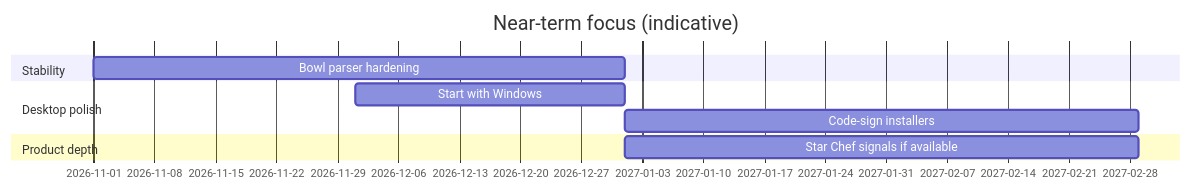
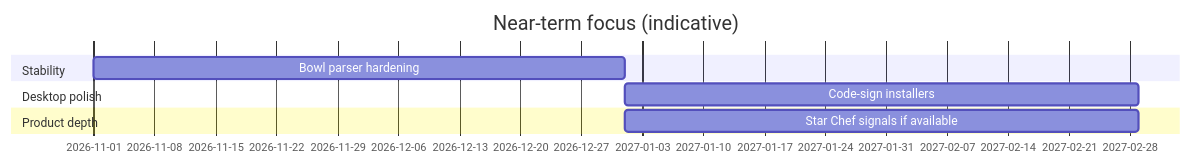
The third of 5 diagrams in docs/PROJECT_PLAN.md (ejw427/ChopWatch), drawn with Mermaid before and after one commit. The commit also changed other lines of this file and 31 other files, not shown here.

````diff
--- a/docs/PROJECT_PLAN.md
+++ b/docs/PROJECT_PLAN.md
@@ -73,12 +74,11 @@
 ```mermaid
 gantt
   title Near-term focus (indicative)
   dateFormat  YYYY-MM
   section Stability
   Bowl parser hardening           :a1, 2026-11, 2M
   section Desktop polish
-  Start with Windows              :a2, 2026-12, 1M
   Code-sign installers            :a3, 2027-01, 2M
   section Product depth
   Star Chef signals if available  :a4, 2027-01, 2M
 ```
````
